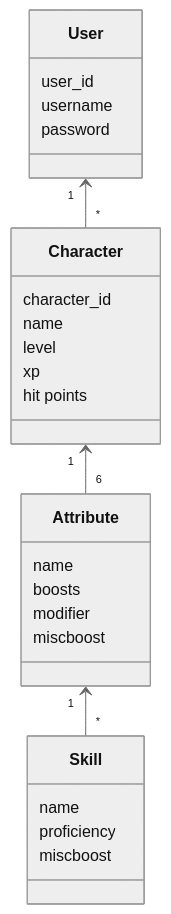
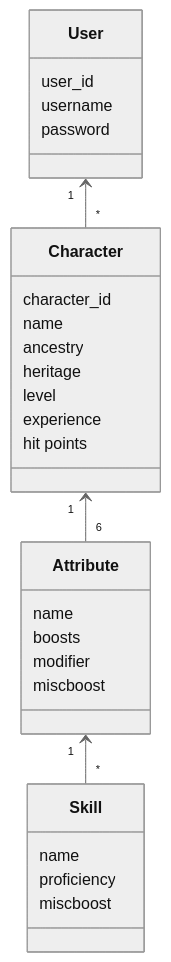
Before and after one commit to Regularmute/ot-harjoitustyo: the second of 3 diagrams in dokumentaatio/arkkitehtuuri.md, drawn with Mermaid (neutral theme). The commit also changed other lines of this file and 4 other files, not shown here.

````diff
--- a/dokumentaatio/arkkitehtuuri.md
+++ b/dokumentaatio/arkkitehtuuri.md
@@ -16,29 +16,31 @@
 ```mermaid
   classDiagram
     User "1" <-- "*" Character
     Character "1" <-- "6" Attribute
     Attribute "1" <-- "*" Skill
     class User{
       user_id
       username
       password
     }
     class Character{
       character_id
       name
+      ancestry
+      heritage
       level
-      xp
+      experience
       hit points
     }
     class Attribute{
       name
       boosts
       modifier
       miscboost
     }
     class Skill{
       name
       proficiency
       miscboost
     }
 ```
````
